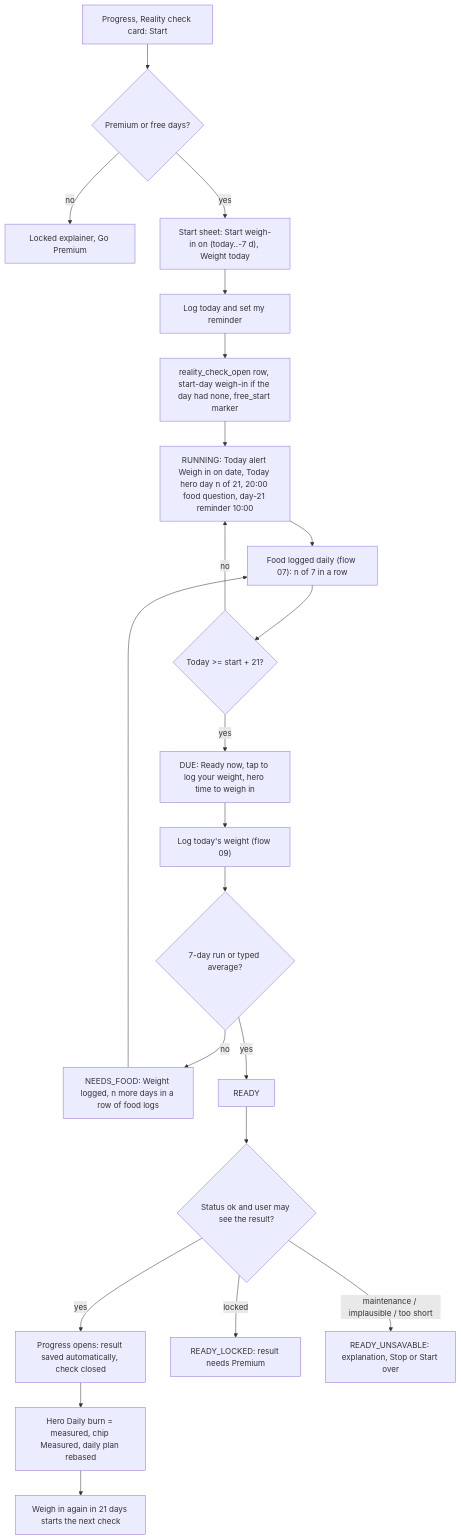
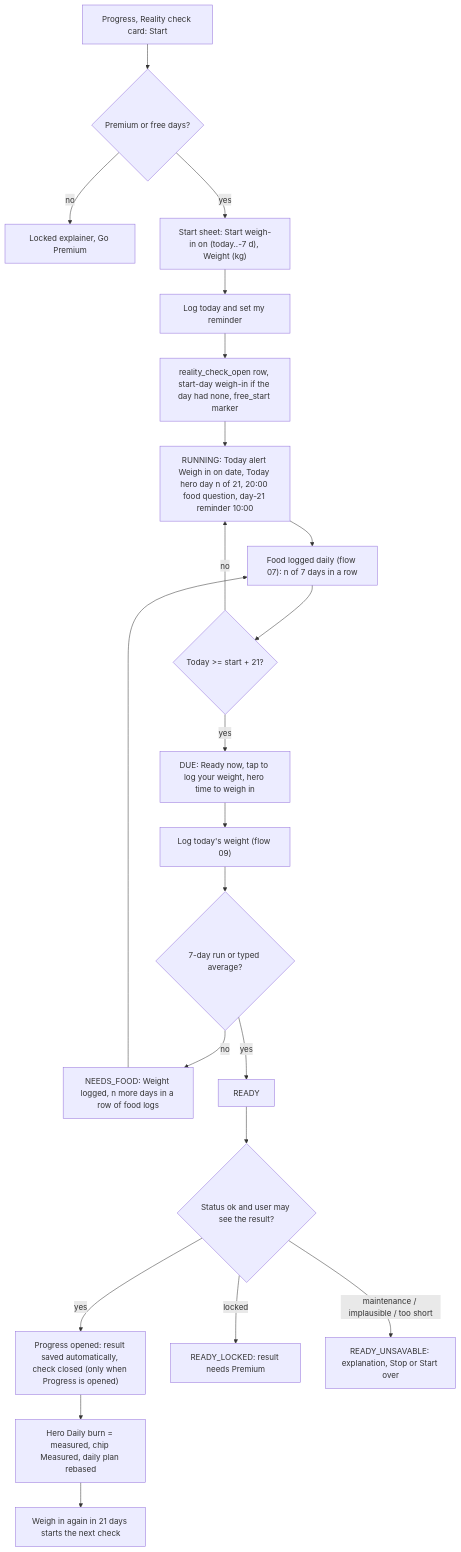
One commit to evandroviskis/dosetrace changed the first of 4 diagrams in docs/product/flows/08-reality-check.md. Above: the diagram before and after it, drawn with Mermaid. The commit also changed other lines of this file and 28 other files, not shown here.

Commit message:
docs/product: verification round 1 corrections applied to PRD, TRD, dossiers, flows, registers and the Portuguese questions (21 OPEN, 54 AD, 65 DL, 218 DV); all 105 diagrams parse

````diff
--- a/docs/product/flows/08-reality-check.md
+++ b/docs/product/flows/08-reality-check.md
@@ -51,24 +51,24 @@
 ```mermaid
 flowchart TD
   A["Progress, Reality check card: Start"] --> B{"Premium or free days?"}
   B -->|no| B2["Locked explainer, Go Premium"]
-  B -->|yes| C["Start sheet: Start weigh-in on (today..-7 d), Weight today"]
+  B -->|yes| C["Start sheet: Start weigh-in on (today..-7 d), Weight (kg)"]
   C --> D["Log today and set my reminder"]
   D --> E["reality_check_open row, start-day weigh-in if the day had none, free_start marker"]
   E --> F["RUNNING: Today alert Weigh in on date, Today hero day n of 21, 20:00 food question, day-21 reminder 10:00"]
-  F --> G["Food logged daily (flow 07): n of 7 in a row"]
+  F --> G["Food logged daily (flow 07): n of 7 days in a row"]
   G --> H{"Today >= start + 21?"}
   H -->|no| F
   H -->|yes| I["DUE: Ready now, tap to log your weight, hero time to weigh in"]
   I --> J["Log today's weight (flow 09)"]
   J --> K{"7-day run or typed average?"}
   K -->|no| L["NEEDS_FOOD: Weight logged, n more days in a row of food logs"]
   L --> G
   K -->|yes| M["READY"]
   M --> N{"Status ok and user may see the result?"}
-  N -->|yes| O["Progress opens: result saved automatically, check closed"]
+  N -->|yes| O["Progress opened: result saved automatically, check closed (only when Progress is opened)"]
   N -->|locked| P["READY_LOCKED: result needs Premium"]
   N -->|maintenance / implausible / too short| Q["READY_UNSAVABLE: explanation, Stop or Start over"]
   O --> R["Hero Daily burn = measured, chip Measured, daily plan rebased"]
   R --> S["Weigh in again in 21 days starts the next check"]
 ```
````
